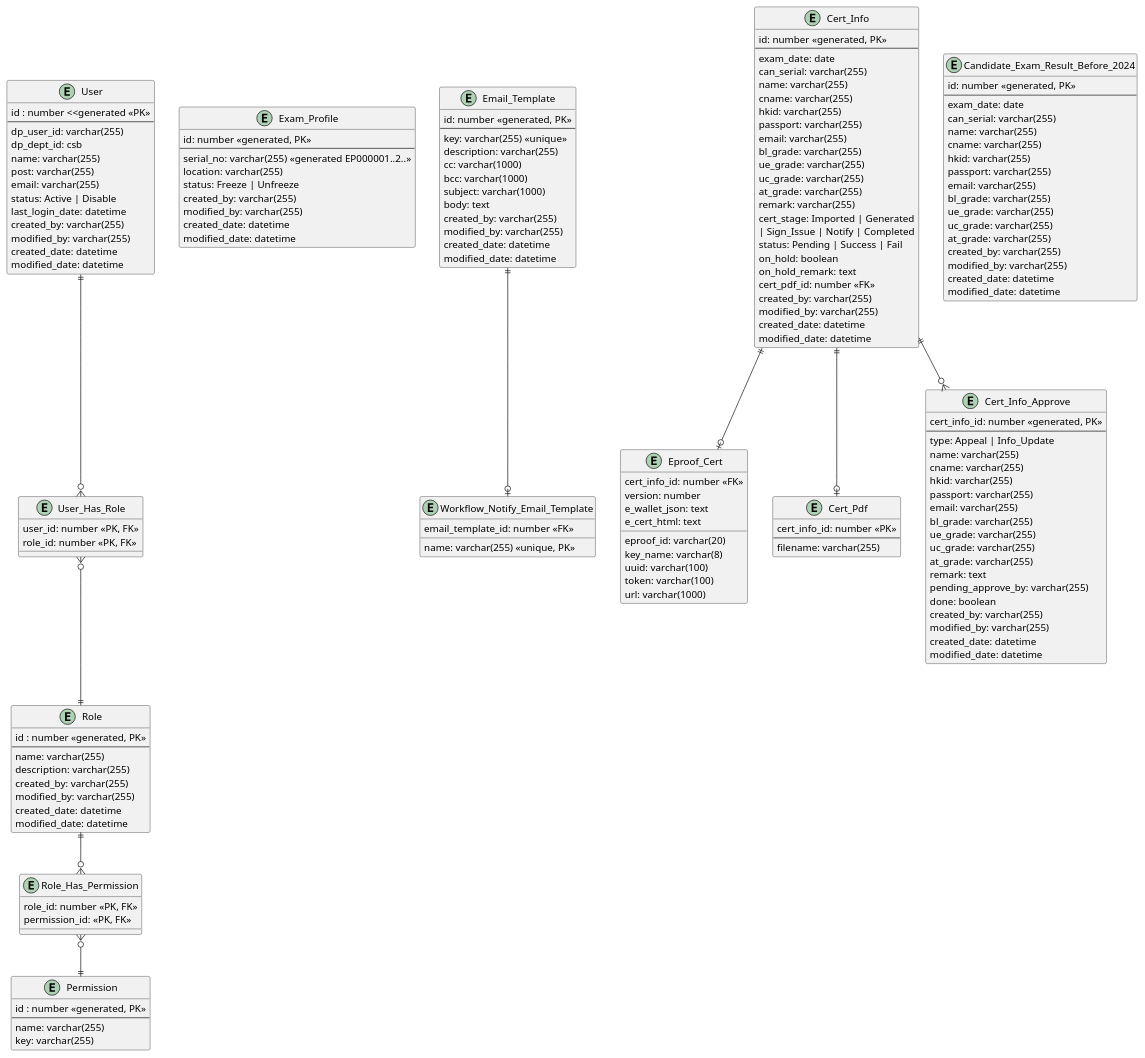
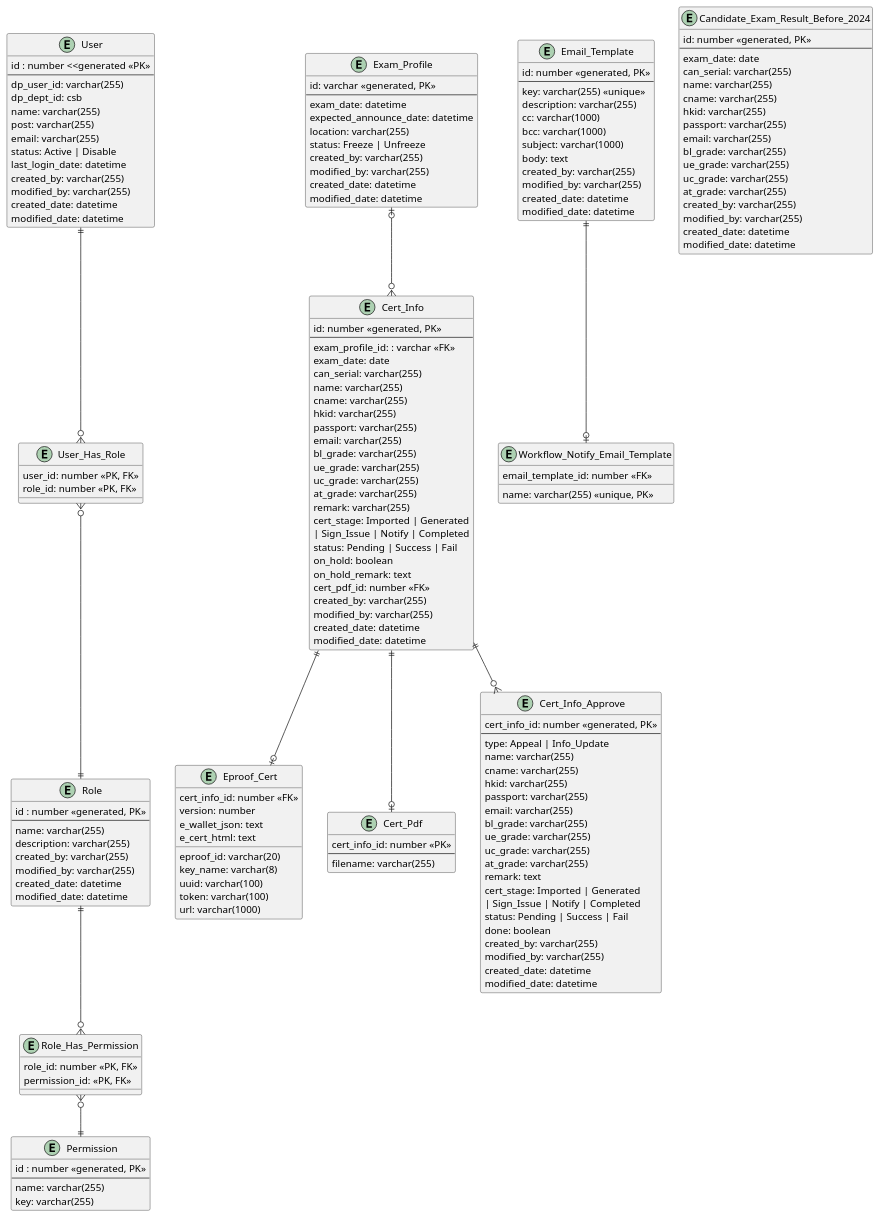
One commit to igsl-group/csb_eproof changed the diagram in er-diagram.puml. Above: the diagram before and after it, drawn with PlantUML.

Commit message:
Update ERD

```diff
--- a/er-diagram.puml
+++ b/er-diagram.puml
@@ -1,173 +1,178 @@
 @startuml
 
 entity "User" as user {
   id : number <<generated <<PK>>
   --
   dp_user_id: varchar(255)
   dp_dept_id: csb
   name: varchar(255)
   post: varchar(255)
   email: varchar(255)
   status: Active | Disable
   last_login_date: datetime
   created_by: varchar(255)
   modified_by: varchar(255)
   created_date: datetime
   modified_date: datetime
 }
 
 entity "Role" as role {
   id : number <<generated, PK>>
   --
   name: varchar(255)
   description: varchar(255)
   created_by: varchar(255)
   modified_by: varchar(255)
   created_date: datetime
   modified_date: datetime
 }
 
 entity "Permission" as permission {
   id : number <<generated, PK>>
   --
   name: varchar(255)
   key: varchar(255)
 }
 
 entity "User_Has_Role" as user_has_role {
   user_id: number <<PK, FK>>
   role_id: number <<PK, FK>>
 }
 
 entity "Role_Has_Permission" as role_has_permission {
   role_id: number <<PK, FK>>
   permission_id: <<PK, FK>>
 }
 
 entity "Exam_Profile" as exam_profile {
-  id: number <<generated, PK>>
+  id: varchar <<generated, PK>>
   --
-  serial_no: varchar(255) <<generated EP000001..2..>>
+  exam_date: datetime
+  expected_announce_date: datetime
   location: varchar(255)
   status: Freeze | Unfreeze
   created_by: varchar(255)
   modified_by: varchar(255)
   created_date: datetime
   modified_date: datetime
 }
 
 entity "Email_Template" as email_template {
   id: number <<generated, PK>>
   --
   key: varchar(255) <<unique>>
   description: varchar(255)
   cc: varchar(1000)
   bcc: varchar(1000)
   subject: varchar(1000)
   body: text
   created_by: varchar(255)
   modified_by: varchar(255)
   created_date: datetime
   modified_date: datetime
 }
 
 entity "Workflow_Notify_Email_Template" as workflow_notify_email_template {
   name: varchar(255) <<unique, PK>>
   email_template_id: number <<FK>>
 }
 
 entity "Eproof_Cert" as eproof_cert {
   cert_info_id: number <<FK>>
   eproof_id: varchar(20)
   key_name: varchar(8)
   uuid: varchar(100)
   version: number
   token: varchar(100)
   e_wallet_json: text
   e_cert_html: text
   url: varchar(1000)
 }
 
 entity "Cert_Pdf" as cert_pdf {
   cert_info_id: number <<PK>>
   --
   filename: varchar(255)
 }
 
 entity "Cert_Info" as cert_info {
   id: number <<generated, PK>>
   --
+  exam_profile_id: : varchar <<FK>>
   exam_date: date
   can_serial: varchar(255)
   name: varchar(255)
   cname: varchar(255)
   hkid: varchar(255)
   passport: varchar(255)
   email: varchar(255)
   bl_grade: varchar(255)
   ue_grade: varchar(255)
   uc_grade: varchar(255)
   at_grade: varchar(255)
   remark: varchar(255)
   cert_stage: Imported | Generated\n| Sign_Issue | Notify | Completed
   status: Pending | Success | Fail
   on_hold: boolean
   on_hold_remark: text
   cert_pdf_id: number <<FK>>
   created_by: varchar(255)
   modified_by: varchar(255)
   created_date: datetime
   modified_date: datetime
 }
 
 entity "Cert_Info_Approve" as cert_info_approve {
   cert_info_id: number <<generated, PK>>
   --
   type: Appeal | Info_Update
   name: varchar(255)
   cname: varchar(255)
   hkid: varchar(255)
   passport: varchar(255)
   email: varchar(255)
   bl_grade: varchar(255)
   ue_grade: varchar(255)
   uc_grade: varchar(255)
   at_grade: varchar(255)
   remark: text
-  pending_approve_by: varchar(255)
+  cert_stage: Imported | Generated\n| Sign_Issue | Notify | Completed
+  status: Pending | Success | Fail
   done: boolean
   created_by: varchar(255)
   modified_by: varchar(255)
   created_date: datetime
   modified_date: datetime
 }
 
 entity "Candidate_Exam_Result_Before_2024" as candidate_exam_result_before_2024 {
   id: number <<generated, PK>>
   --
   exam_date: date
   can_serial: varchar(255)
   name: varchar(255)
   cname: varchar(255)
   hkid: varchar(255)
   passport: varchar(255)
   email: varchar(255)
   bl_grade: varchar(255)
   ue_grade: varchar(255)
   uc_grade: varchar(255)
   at_grade: varchar(255)
   created_by: varchar(255)
   modified_by: varchar(255)
   created_date: datetime
   modified_date: datetime
 }
 
 user ||--o{ user_has_role
+exam_profile |o--o{ cert_info
+
 user_has_role }o--|| role
 role ||--o{ role_has_permission
 role_has_permission }o--|| permission
 email_template ||--o| workflow_notify_email_template
 cert_info ||--o{ cert_info_approve
 cert_info ||--o| cert_pdf
 cert_info ||--o| eproof_cert
 @enduml
```
